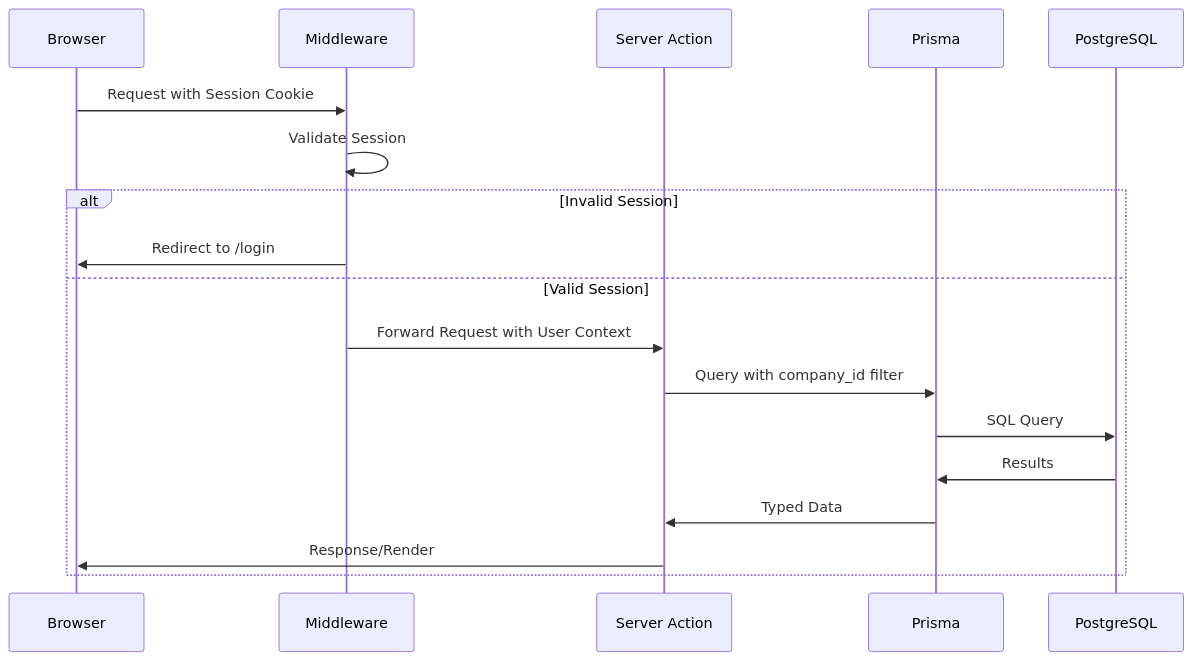
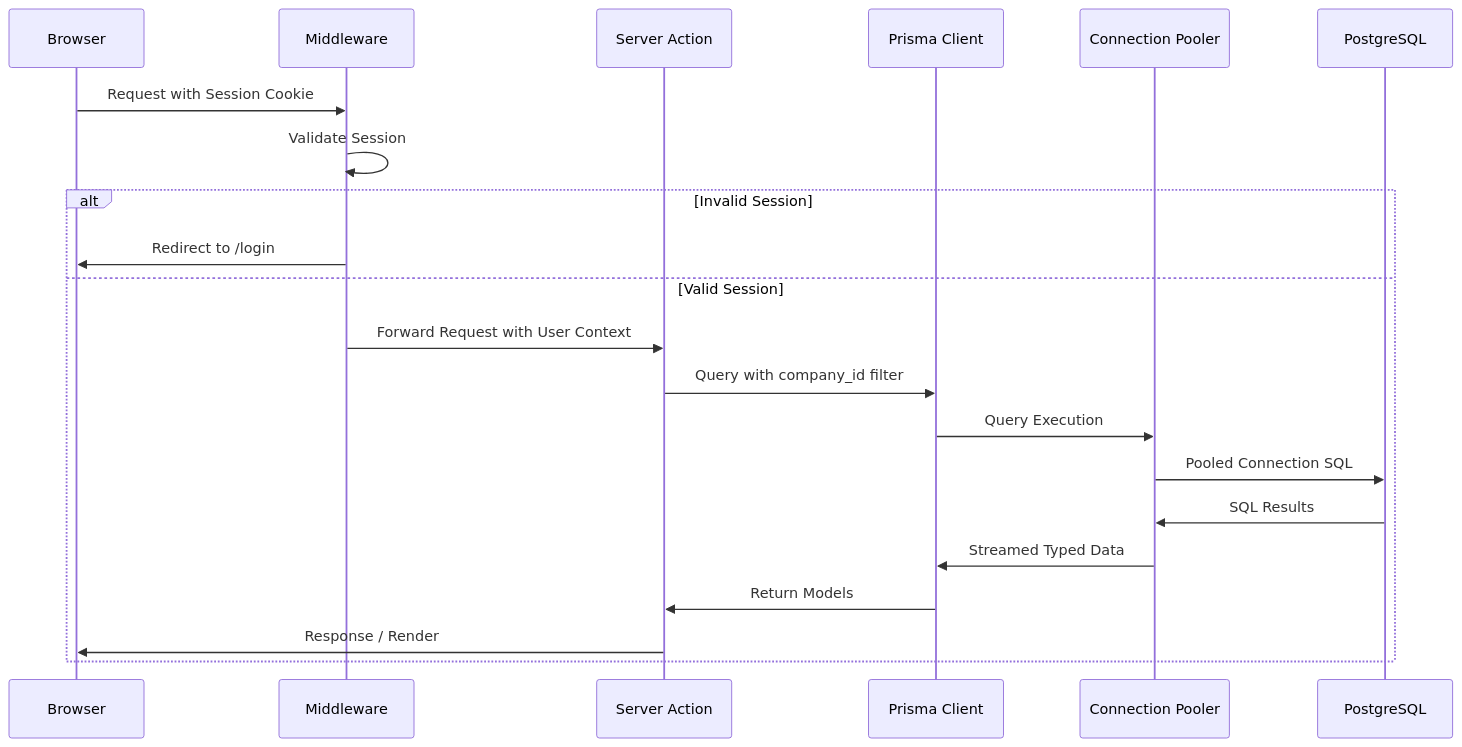
One commit to Aryan-040/Metrics changed the second of 3 diagrams in design.md. Above: the diagram before and after it, drawn with Mermaid. The commit also changed other lines of this file, not shown here.

Commit message:
docs: add connection pooling layer to system architecture diagrams

````diff
--- a/design.md
+++ b/design.md
@@ -72,21 +77,24 @@
 ```mermaid
 sequenceDiagram
     participant B as Browser
     participant M as Middleware
     participant A as Server Action
-    participant P as Prisma
+    participant P as Prisma Client
+    participant NP as Connection Pooler
     participant DB as PostgreSQL
     
     B->>M: Request with Session Cookie
     M->>M: Validate Session
     alt Invalid Session
         M->>B: Redirect to /login
     else Valid Session
         M->>A: Forward Request with User Context
         A->>P: Query with company_id filter
-        P->>DB: SQL Query
-        DB->>P: Results
-        P->>A: Typed Data
-        A->>B: Response/Render
+        P->>NP: Query Execution
+        NP->>DB: Pooled Connection SQL
+        DB->>NP: SQL Results
+        NP->>P: Streamed Typed Data
+        P->>A: Return Models
+        A->>B: Response / Render
     end
 ```
````
